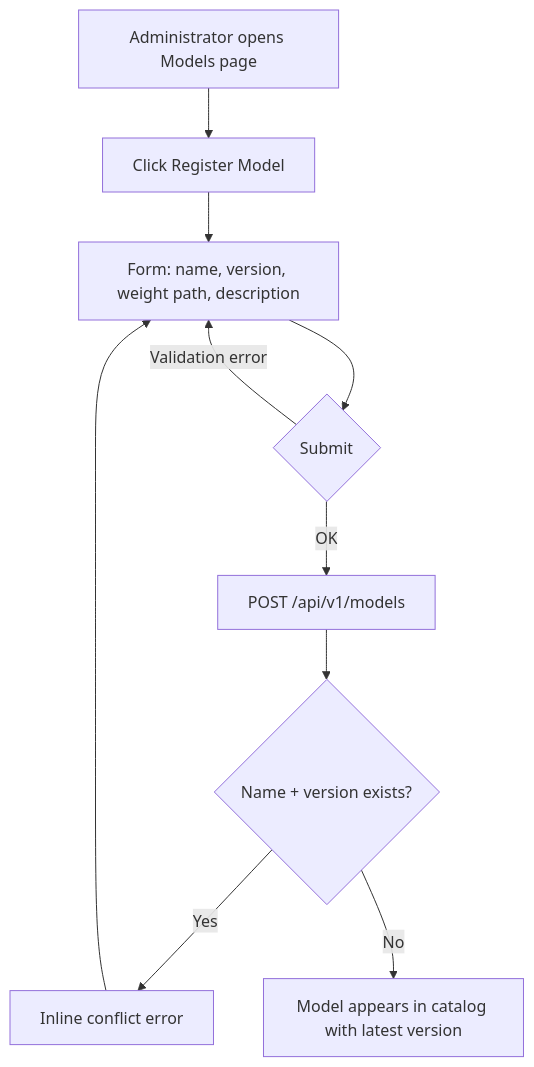
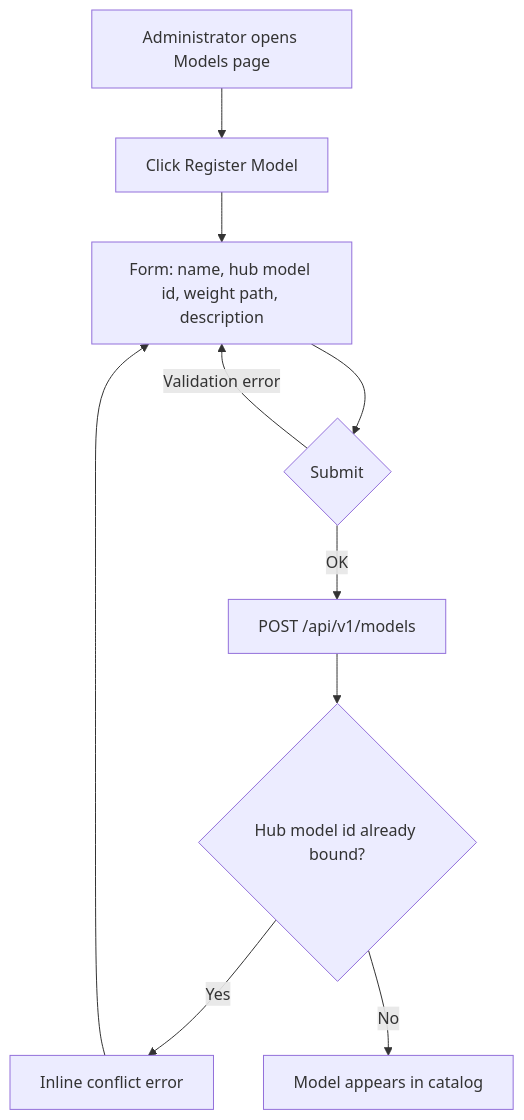
One commit to go-taas/go-taas changed the first of 4 diagrams in site/docs/design/model-catalog-deployment.md. Above: the diagram before and after it, drawn with Mermaid. The commit also changed other lines of this file and 71 other files, not shown here.

First line of the commit message:
feat(platform): streamline admin console and model catalog

````diff
--- a/site/docs/design/model-catalog-deployment.md
+++ b/site/docs/design/model-catalog-deployment.md
@@ -160,12 +160,12 @@
 ```mermaid
 flowchart TD
     A["Administrator opens Models page"] --> B["Click Register Model"]
-    B --> C["Form: name, version, weight path, description"]
+    B --> C["Form: name, hub model id, weight path, description"]
     C --> D{Submit}
     D -->|Validation error| C
     D -->|OK| E["POST /api/v1/models"]
-    E --> F{Name + version exists?}
+    E --> F{Hub model id already bound?}
     F -->|Yes| G["Inline conflict error"]
     G --> C
-    F -->|No| H["Model appears in catalog with latest version"]
+    F -->|No| H["Model appears in catalog"]
 ```
````
